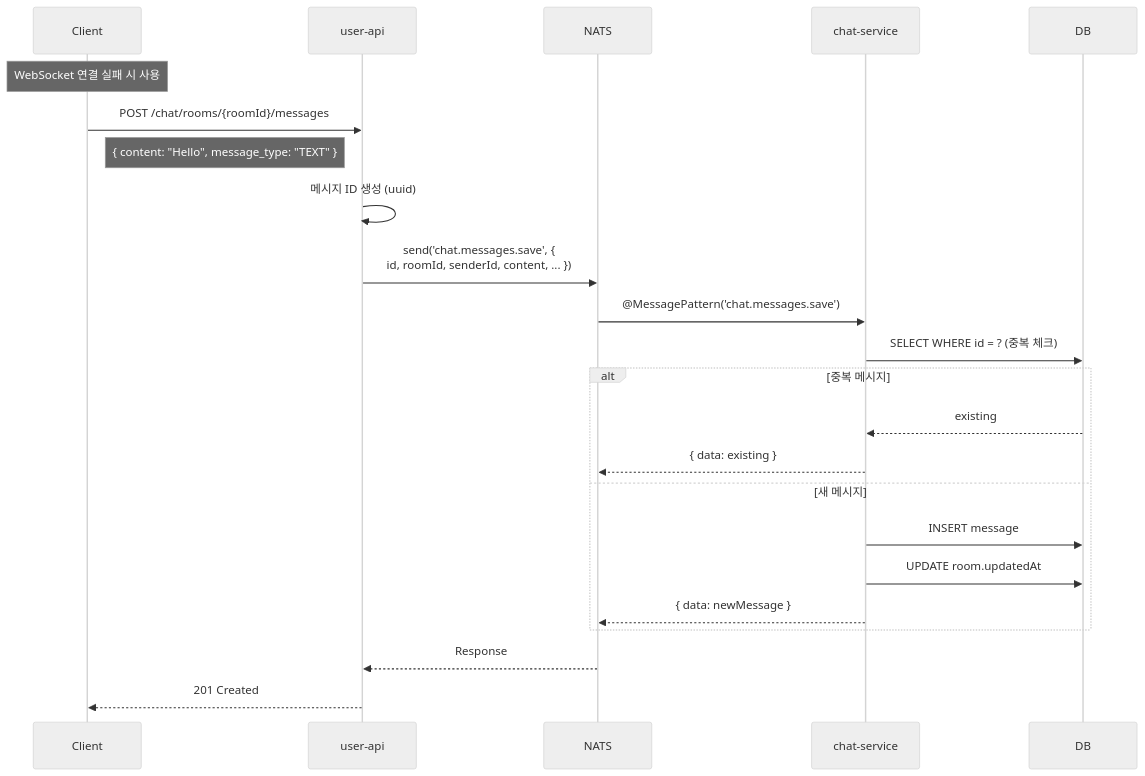
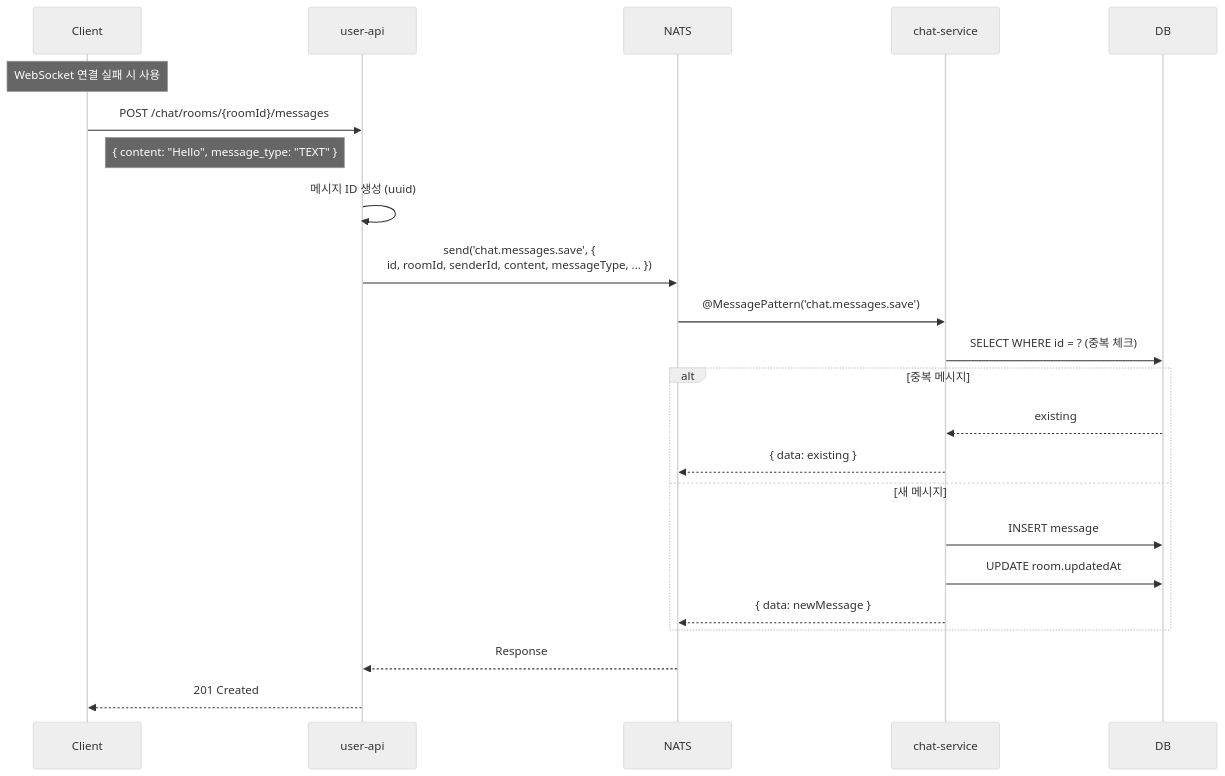
One commit to uniyous/parkgolf-platform changed diagram 19 of 37 in docs/workflow/CHAT.md. Above: the diagram before and after it, drawn with Mermaid (neutral theme). The commit also changed other lines of this file and 6 other files, not shown here.

First line of the commit message:
docs: 아키텍처/워크플로우 문서 현행화 및 SECURITY.md 추가

````diff
--- a/docs/workflow/CHAT.md
+++ b/docs/workflow/CHAT.md
@@ -608,31 +608,31 @@
 ```mermaid
 sequenceDiagram
     participant Client
     participant BFF as user-api
     participant NATS
     participant Service as chat-service
     participant DB
 
     Note over Client: WebSocket 연결 실패 시 사용
 
     Client->>BFF: POST /chat/rooms/{roomId}/messages
     Note right of Client: { content: "Hello", message_type: "TEXT" }
 
     BFF->>BFF: 메시지 ID 생성 (uuid)
-    BFF->>NATS: send('chat.messages.save', {<br/>id, roomId, senderId, content, ... })
+    BFF->>NATS: send('chat.messages.save', {<br/>id, roomId, senderId, content, messageType, ... })
 
     NATS->>Service: @MessagePattern('chat.messages.save')
     Service->>DB: SELECT WHERE id = ? (중복 체크)
 
     alt 중복 메시지
         DB-->>Service: existing
         Service-->>NATS: { data: existing }
     else 새 메시지
         Service->>DB: INSERT message
         Service->>DB: UPDATE room.updatedAt
         Service-->>NATS: { data: newMessage }
     end
 
     NATS-->>BFF: Response
     BFF-->>Client: 201 Created
 ```
````
